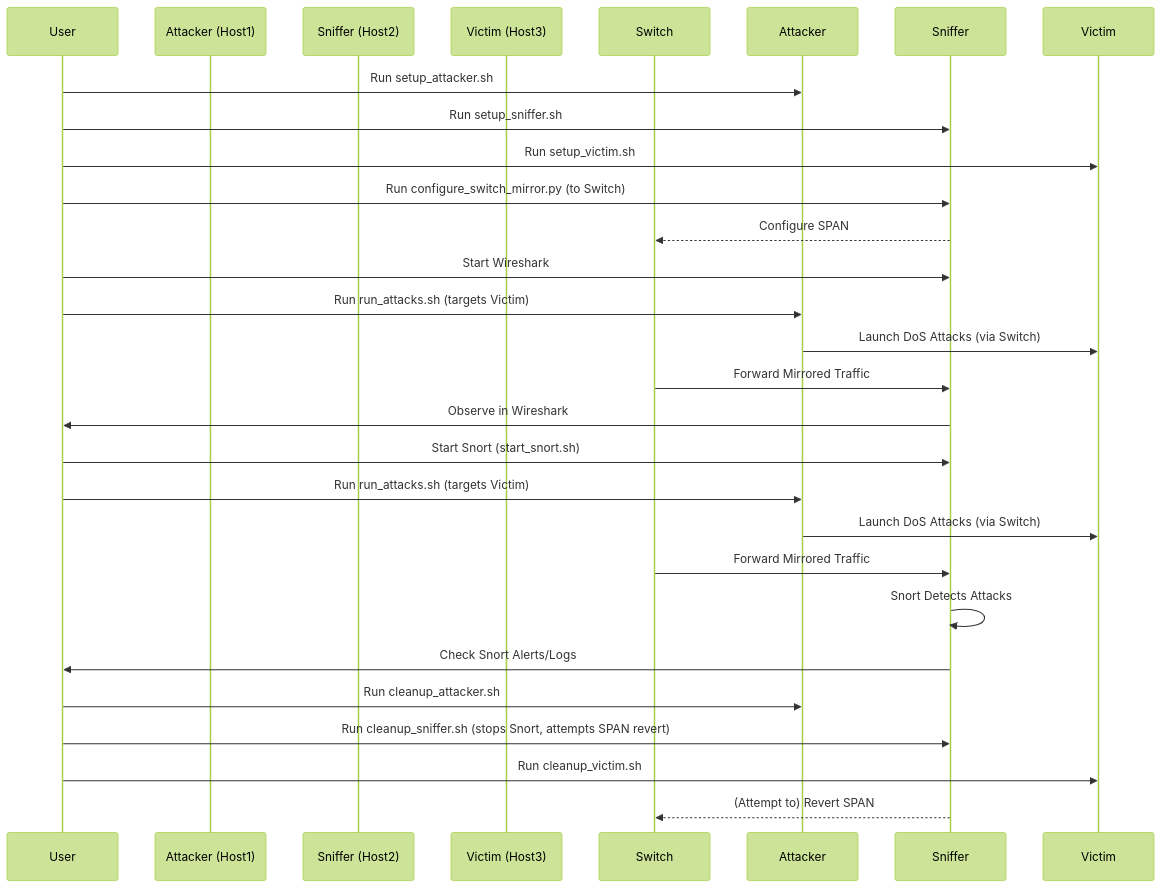
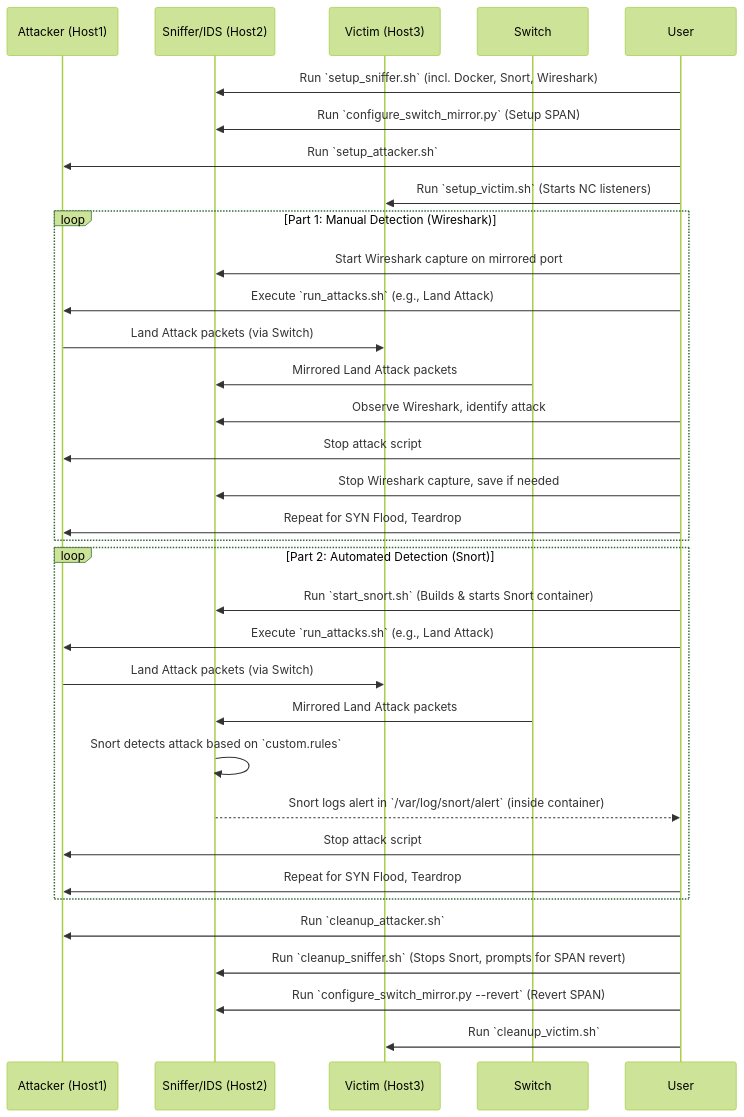
The second of 2 diagrams in README.md (02loveslollipop/DoS-Sniffer-lab), drawn with Mermaid (forest theme) before and after one commit. The commit also changed other lines of this file, not shown here.

Commit message:
Update README.md to enhance lab architecture and workflow descriptions

````diff
--- a/README.md
+++ b/README.md
@@ -46,36 +50,41 @@
 ```mermaid
 sequenceDiagram
+    participant A as Attacker (Host1)
+    participant S as Sniffer/IDS (Host2)
+    participant V as Victim (Host3)
+    participant SW as Switch
     participant User
-    participant Attacker (Host1)
-    participant Sniffer (Host2)
-    participant Victim (Host3)
-    participant Switch
 
-    %% Setup Phase
-    User->>Attacker: Run setup_attacker.sh
-    User->>Sniffer: Run setup_sniffer.sh
-    User->>Victim: Run setup_victim.sh
-    User->>Sniffer: Run configure_switch_mirror.py (to Switch)
-    Sniffer-->>Switch: Configure SPAN
+    User->>S: Run `setup_sniffer.sh` (incl. Docker, Snort, Wireshark)
+    User->>S: Run `configure_switch_mirror.py` (Setup SPAN)
+    User->>A: Run `setup_attacker.sh`
+    User->>V: Run `setup_victim.sh` (Starts NC listeners)
 
-    %% Attack & Detection Phase 1 (Manual with Wireshark)
-    User->>Sniffer: Start Wireshark
-    User->>Attacker: Run run_attacks.sh (targets Victim)
-    Attacker->>Victim: Launch DoS Attacks (via Switch)
-    Switch->>Sniffer: Forward Mirrored Traffic
-    Sniffer->>User: Observe in Wireshark
+    loop Part 1: Manual Detection (Wireshark)
+        User->>S: Start Wireshark capture on mirrored port
+        User->>A: Execute `run_attacks.sh` (e.g., Land Attack)
+        A->>V: Land Attack packets (via Switch)
+        SW->>S: Mirrored Land Attack packets
+        User->>S: Observe Wireshark, identify attack
+        User->>A: Stop attack script
+        User->>S: Stop Wireshark capture, save if needed
+        User->>A: Repeat for SYN Flood, Teardrop
+    end
 
-    %% Attack & Detection Phase 2 (Automated with Snort)
-    User->>Sniffer: Start Snort (start_snort.sh)
-    User->>Attacker: Run run_attacks.sh (targets Victim)
-    Attacker->>Victim: Launch DoS Attacks (via Switch)
-    Switch->>Sniffer: Forward Mirrored Traffic
-    Sniffer->>Sniffer: Snort Detects Attacks
-    Sniffer->>User: Check Snort Alerts/Logs
+    loop Part 2: Automated Detection (Snort)
+        User->>S: Run `start_snort.sh` (Builds & starts Snort container)
+        User->>A: Execute `run_attacks.sh` (e.g., Land Attack)
+        A->>V: Land Attack packets (via Switch)
+        SW->>S: Mirrored Land Attack packets
+        S->>S: Snort detects attack based on `custom.rules`
+        S-->>User: Snort logs alert in `/var/log/snort/alert` (inside container)
+        User->>A: Stop attack script
+        User->>A: Repeat for SYN Flood, Teardrop
+    end
 
-    %% Cleanup Phase
-    User->>Attacker: Run cleanup_attacker.sh
-    User->>Sniffer: Run cleanup_sniffer.sh (stops Snort, attempts SPAN revert)
-    User->>Victim: Run cleanup_victim.sh
-    Sniffer-->>Switch: (Attempt to) Revert SPAN
+    User->>A: Run `cleanup_attacker.sh`
+    User->>S: Run `cleanup_sniffer.sh` (Stops Snort, prompts for SPAN revert)
+    User->>S: Run `configure_switch_mirror.py --revert` (Revert SPAN)
+    User->>V: Run `cleanup_victim.sh`
+
 ```
````
